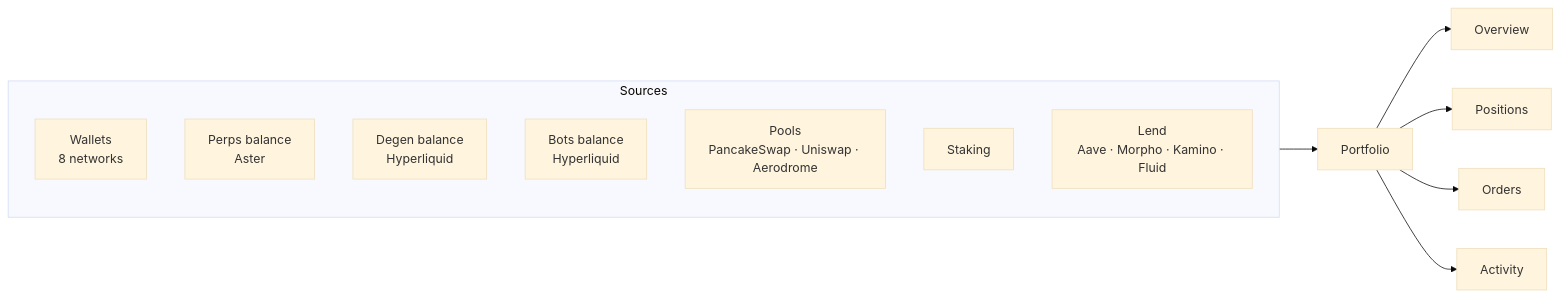
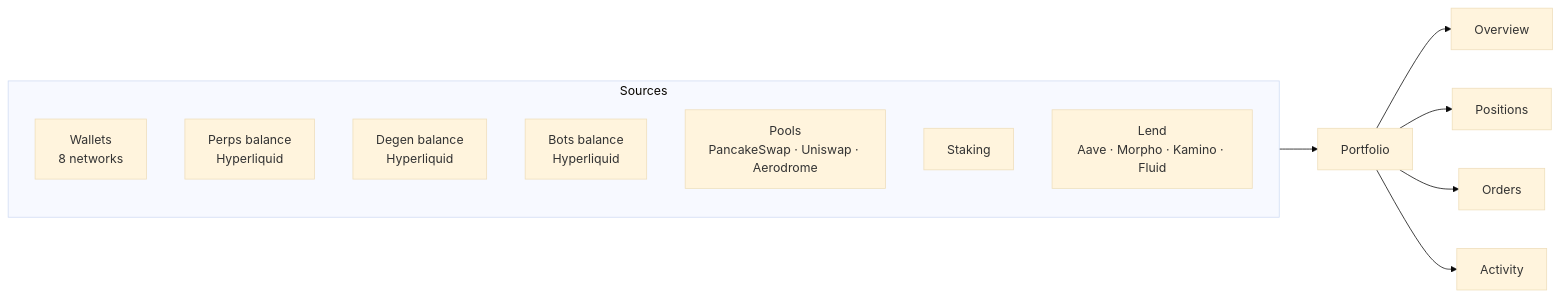
Before and after one commit to dyxy-io/portfolio: the first of 2 diagrams in README.md, drawn with Mermaid (base theme). The commit also changed other lines of this file, not shown here.

First line of the commit message:
Move perps to Hyperliquid, remove DYXY fee on swaps and stocks, theme-aware logo

````diff
--- a/README.md
+++ b/README.md
@@ -13,17 +16,17 @@
 ```mermaid
 flowchart LR
     subgraph Sources
         W["Wallets<br/>8 networks"]
-        PB["Perps balance<br/>Aster"]
+        PB["Perps balance<br/>Hyperliquid"]
         DB["Degen balance<br/>Hyperliquid"]
         BB["Bots balance<br/>Hyperliquid"]
         PL["Pools<br/>PancakeSwap · Uniswap · Aerodrome"]
         SK["Staking"]
         LD["Lend<br/>Aave · Morpho · Kamino · Fluid"]
     end
     Sources --> P["Portfolio"]
     P --> T1["Overview"]
     P --> T2["Positions"]
     P --> T3["Orders"]
     P --> T4["Activity"]
 ```
````
